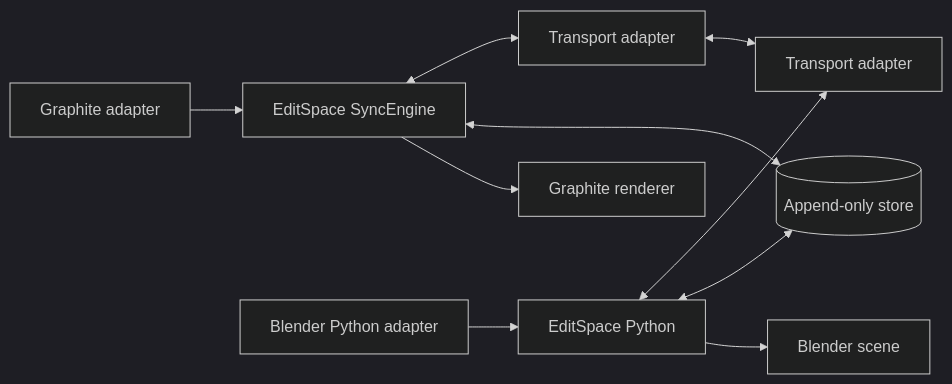
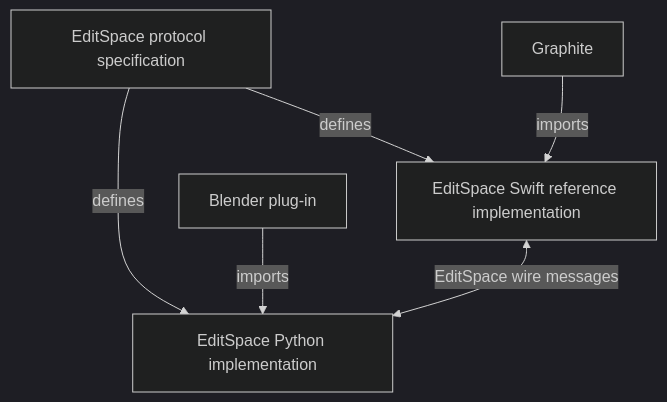
The first of 2 diagrams in README.md (graphitedesignlabs/editspace-swift), drawn with Mermaid (dark theme) before and after one commit. The commit also changed other lines of this file and 4 other files, not shown here.

Commit message:
Correct specification implementation hierarchy

````diff
--- a/README.md
+++ b/README.md
@@ -33,12 +33,13 @@
 ```mermaid
-flowchart LR
-    A[Graphite adapter] --> E[EditSpace SyncEngine]
-    B[Blender Python adapter] --> P[EditSpace Python]
-    E <--> T[Transport adapter]
-    P <--> U[Transport adapter]
-    T <--> U
-    E <--> S[(Append-only store)]
-    P <--> S
-    E --> R[Graphite renderer]
-    P --> V[Blender scene]
+flowchart TB
+    S[EditSpace protocol specification]
+    SW[EditSpace Swift reference implementation]
+    PY[EditSpace Python implementation]
+    G[Graphite]
+    B[Blender plug-in]
+    S -->|defines| SW
+    S -->|defines| PY
+    G -->|imports| SW
+    B -->|imports| PY
+    SW <-->|EditSpace wire messages| PY
 ```
````
